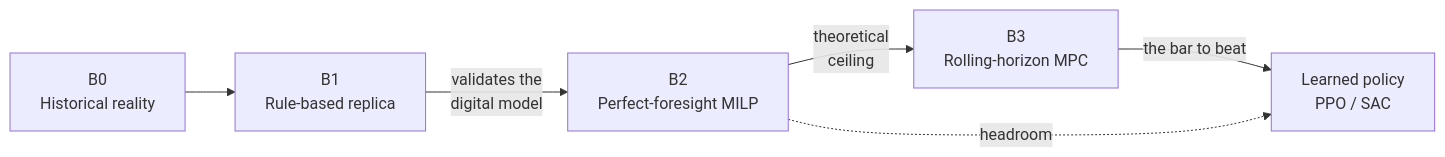
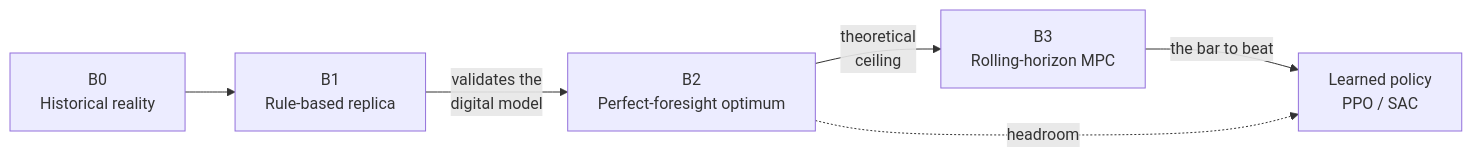
One commit to muratkus01/Portfolio changed the first of 2 diagrams in docs/03-methodology-benchmark-ladder.md. Above: the diagram before and after it, drawn with Mermaid. The commit also changed other lines of this file, not shown here.

First line of the commit message:
docs: say B2 and B3 are LPs in Projects 01 and 02, a MILP in A2

````diff
--- a/docs/03-methodology-benchmark-ladder.md
+++ b/docs/03-methodology-benchmark-ladder.md
@@ -24,8 +24,8 @@
 ```mermaid
 flowchart LR
     B0["B0<br/>Historical reality"] --> B1["B1<br/>Rule-based replica"]
-    B1 -->|"validates the<br/>digital model"| B2["B2<br/>Perfect-foresight MILP"]
+    B1 -->|"validates the<br/>digital model"| B2["B2<br/>Perfect-foresight optimum"]
     B2 -->|"theoretical<br/>ceiling"| B3["B3<br/>Rolling-horizon MPC"]
     B3 -->|"the bar to beat"| RL["Learned policy<br/>PPO / SAC"]
     B2 -.->|"headroom"| RL
 ```
````
